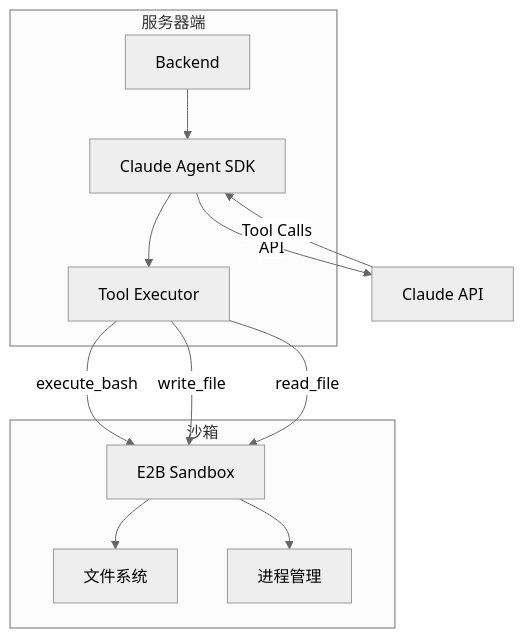
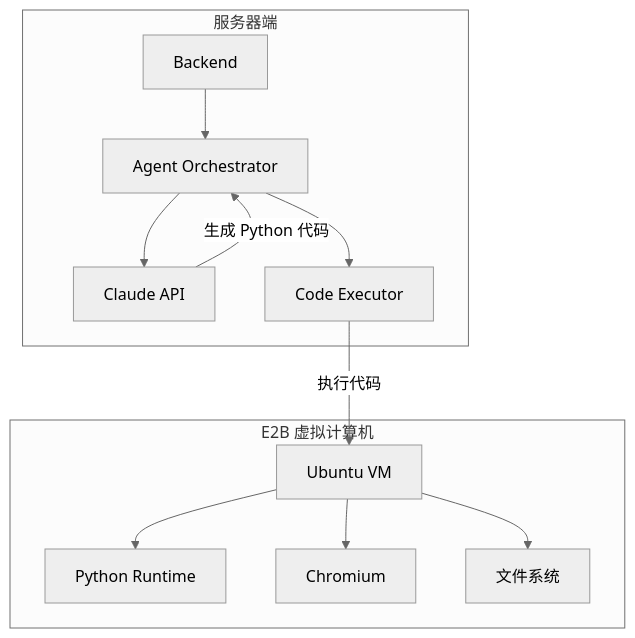
Before and after one commit to yy-dev7/claudex: diagram 22 of 23 in docs/sandbox-lifecycle-analysis.md, drawn with Mermaid (neutral theme). The commit also changed other lines of this file, not shown here.

First line of the commit message:
Correct Manus architecture analysis based on research

````diff
--- a/docs/sandbox-lifecycle-analysis.md
+++ b/docs/sandbox-lifecycle-analysis.md
@@ -1000,24 +1119,25 @@
 ```mermaid
 graph TB
     subgraph "服务器端"
         BE[Backend]
-        SDK[Claude Agent SDK]
-        EXECUTOR[Tool Executor]
+        ORCH[Agent Orchestrator]
+        LLM[Claude API]
+        EXEC[Code Executor]
     end
 
-    subgraph "沙箱"
-        SB[E2B Sandbox]
+    subgraph "E2B 虚拟计算机"
+        VM[Ubuntu VM]
+        PYTHON[Python Runtime]
+        BROWSER[Chromium]
         FS[文件系统]
-        PROC[进程管理]
     end
 
-    BE --> SDK
-    SDK -->|API| CLAUDE[Claude API]
-    CLAUDE -->|Tool Calls| SDK
-    SDK --> EXECUTOR
-    EXECUTOR -->|execute_bash| SB
-    EXECUTOR -->|write_file| SB
-    EXECUTOR -->|read_file| SB
-    SB --> FS
-    SB --> PROC
+    BE --> ORCH
+    ORCH --> LLM
+    LLM -->|生成 Python 代码| ORCH
+    ORCH --> EXEC
+    EXEC -->|执行代码| VM
+    VM --> PYTHON
+    VM --> BROWSER
+    VM --> FS
 ```
````
